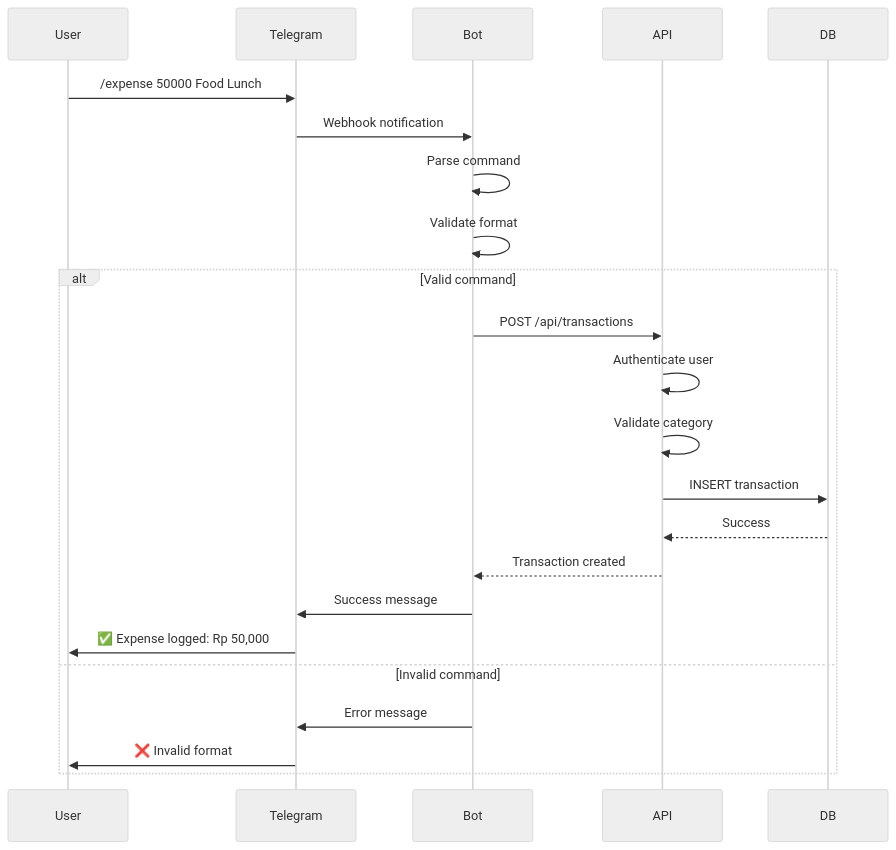
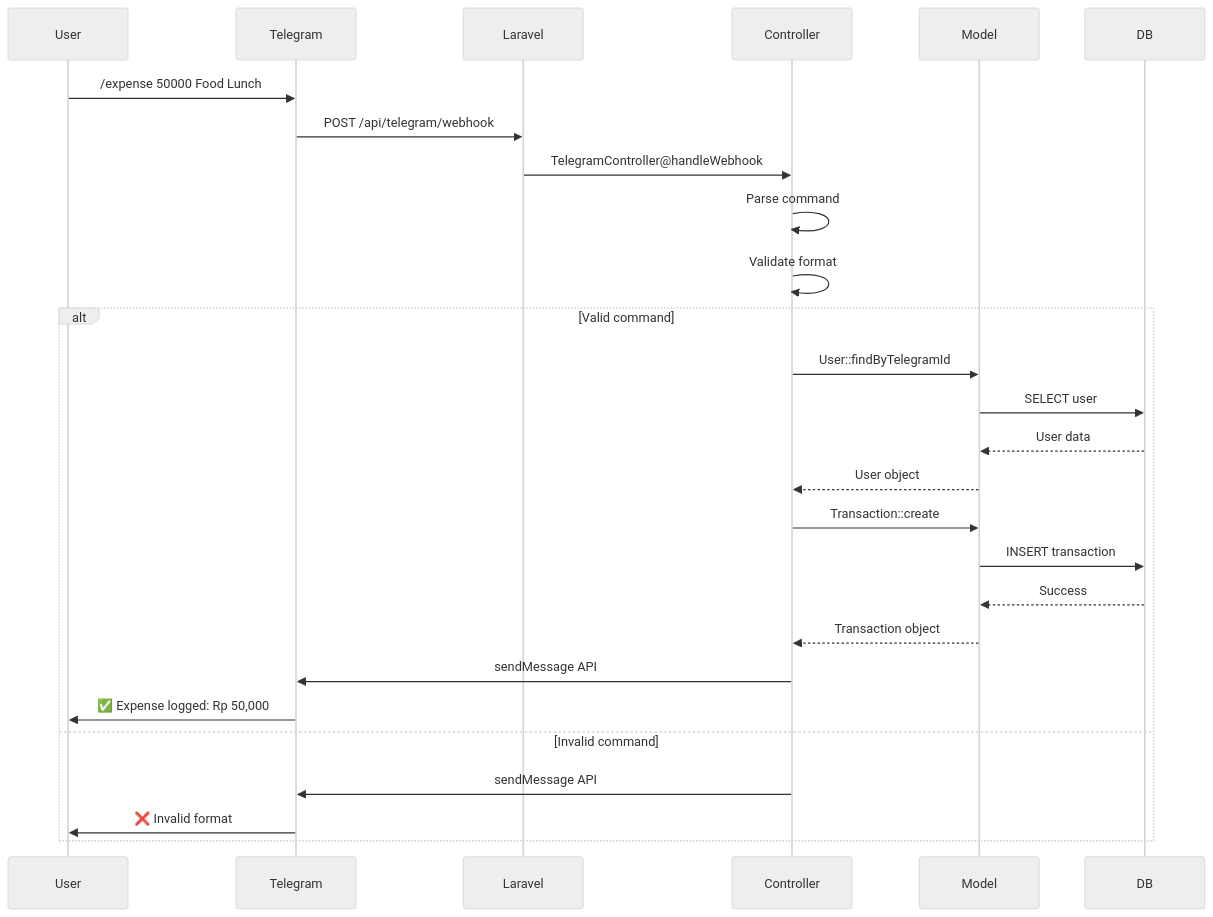
One commit to yadiabdillah/money_tracker changed the second of 12 diagrams in architecture_diagram.md. Above: the diagram before and after it, drawn with Mermaid (neutral theme). The commit also changed other lines of this file and 3 other files, not shown here.

````diff
--- a/architecture_diagram.md
+++ b/architecture_diagram.md
@@ -56,27 +53,31 @@
 ```mermaid
 sequenceDiagram
     participant User
     participant Telegram
-    participant Bot
-    participant API
+    participant Laravel
+    participant Controller
+    participant Model
     participant DB
     
     User->>Telegram: /expense 50000 Food Lunch
-    Telegram->>Bot: Webhook notification
-    Bot->>Bot: Parse command
-    Bot->>Bot: Validate format
+    Telegram->>Laravel: POST /api/telegram/webhook
+    Laravel->>Controller: TelegramController@handleWebhook
+    Controller->>Controller: Parse command
+    Controller->>Controller: Validate format
     
     alt Valid command
-        Bot->>API: POST /api/transactions
-        API->>API: Authenticate user
-        API->>API: Validate category
-        API->>DB: INSERT transaction
-        DB-->>API: Success
-        API-->>Bot: Transaction created
-        Bot->>Telegram: Success message
+        Controller->>Model: User::findByTelegramId
+        Model->>DB: SELECT user
+        DB-->>Model: User data
+        Model-->>Controller: User object
+        Controller->>Model: Transaction::create
+        Model->>DB: INSERT transaction
+        DB-->>Model: Success
+        Model-->>Controller: Transaction object
+        Controller->>Telegram: sendMessage API
         Telegram->>User: ✅ Expense logged: Rp 50,000
     else Invalid command
-        Bot->>Telegram: Error message
+        Controller->>Telegram: sendMessage API
         Telegram->>User: ❌ Invalid format
     end
 ```
````
